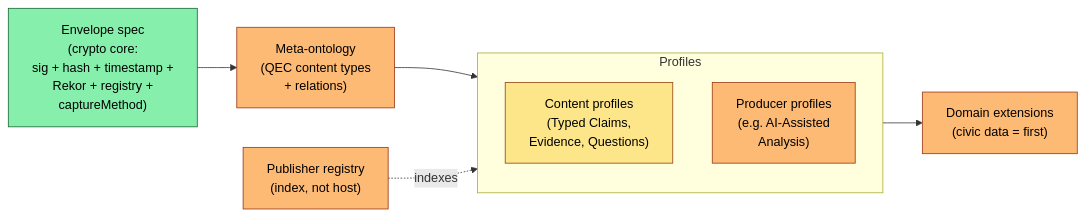
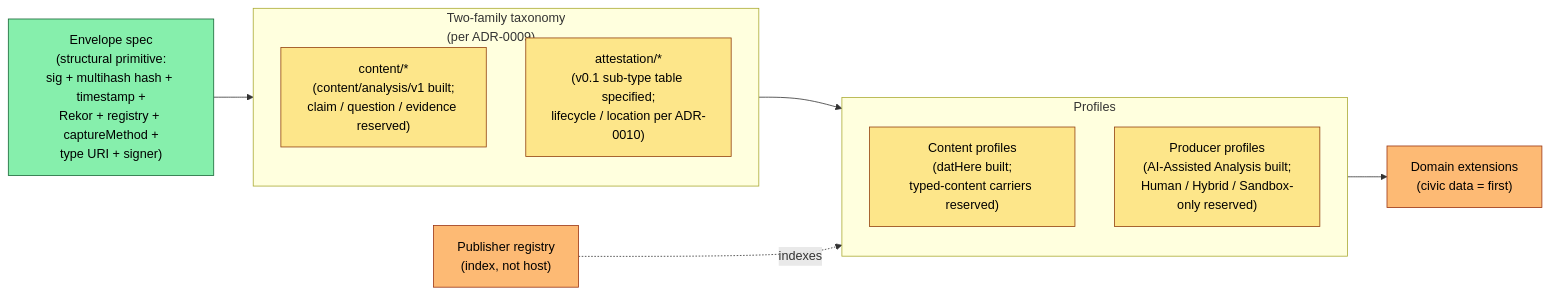
Before and after one commit to npstorey/civic-ai-tools: the diagram in docs/architecture/typed-standards-summary.md, drawn with Mermaid. The commit also changed other lines of this file and 1 other file, not shown here.

````diff
--- a/docs/architecture/typed-standards-summary.md
+++ b/docs/architecture/typed-standards-summary.md
@@ -48,23 +49,28 @@
 ```mermaid
 flowchart LR
-    ENV["Envelope spec<br/>(crypto core:<br/>sig + hash + timestamp +<br/>Rekor + registry +<br/>captureMethod)"]:::built
-    META["Meta-ontology<br/>(QEC content types<br/>+ relations)"]:::reserved
+    ENV["Envelope spec<br/>(structural primitive:<br/>sig + multihash hash + timestamp +<br/>Rekor + registry + captureMethod +<br/>type URI + signer)"]:::built
+
+    subgraph TYPED["Two-family taxonomy<br/>(per ADR-0009)"]
+        direction TB
+        CONTENT["content/*<br/>(content/analysis/v1 built;<br/>claim / question / evidence reserved)"]:::partial
+        ATTEST["attestation/*<br/>(v0.1 sub-type table specified;<br/>lifecycle / location per ADR-0010)"]:::partial
+    end
 
     subgraph PROF["Profiles"]
         direction TB
-        CP["Content profiles<br/>(Typed Claims,<br/>Evidence, Questions)"]:::partial
-        PP["Producer profiles<br/>(e.g. AI-Assisted<br/>Analysis)"]:::reserved
+        CP["Content profiles<br/>(datHere built;<br/>typed-content carriers reserved)"]:::partial
+        PP["Producer profiles<br/>(AI-Assisted Analysis built;<br/>Human / Hybrid / Sandbox-only reserved)"]:::partial
     end
 
     DX["Domain extensions<br/>(civic data = first)"]:::reserved
     REG["Publisher registry<br/>(index, not host)"]:::reserved
 
-    ENV --> META
-    META --> PROF
+    ENV --> TYPED
+    TYPED --> PROF
     PROF --> DX
     REG -.indexes.-> PROF
 
     classDef built fill:#86efac,stroke:#166534,color:#000
     classDef partial fill:#fde68a,stroke:#92400e,color:#000
     classDef reserved fill:#fdba74,stroke:#9a3412,color:#000
 ```
````
